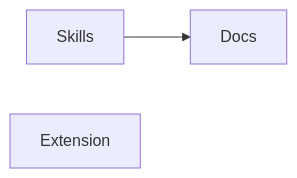
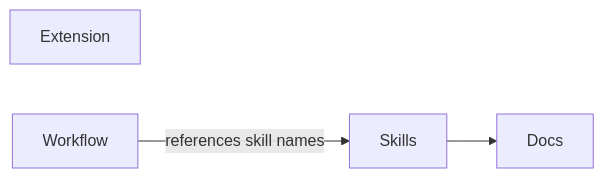
The first of 2 diagrams in codemap.md (alennartz/my-pi), drawn with Mermaid before and after one commit. The commit also changed other lines of this file and 1 other file, not shown here.

First line of the commit message:
Update codemap with Workflow Extension module

````diff
--- a/codemap.md
+++ b/codemap.md
@@ -7,5 +7,6 @@
 ```mermaid
 graph LR
   Skills --> Docs
   Extension
+  Workflow -->|references skill names| Skills
 ```
````
